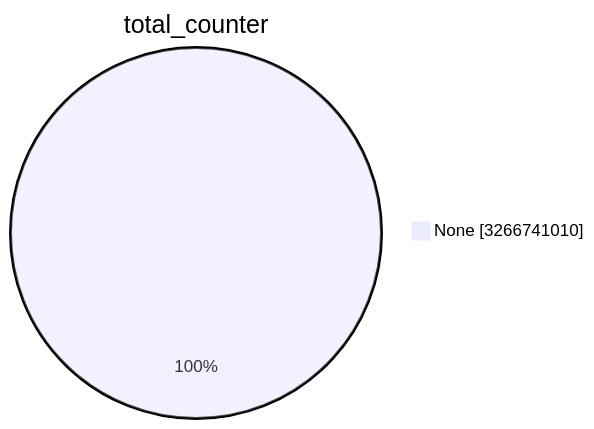
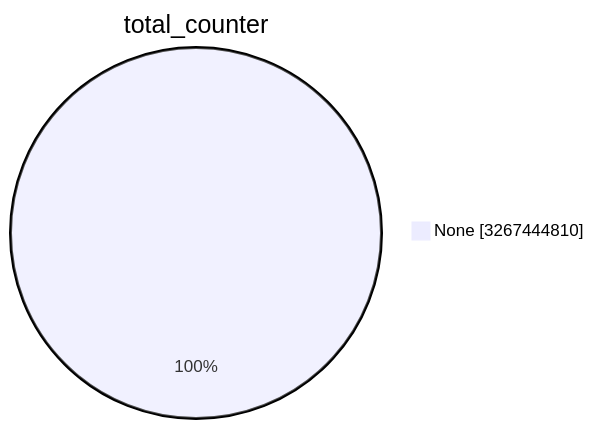
Before and after one commit to christiankrug/ctmonitor_visualization: the first of 15 diagrams in TOTAL/README.md, drawn with Mermaid. The commit also changed other lines of this file, not shown here.

````diff
--- a/TOTAL/README.md
+++ b/TOTAL/README.md
@@ -1,5 +1,5 @@
 ```mermaid
 pie showData
 title total_counter
-"None" :3266741010
+"None" :3267444810
 ```
````
